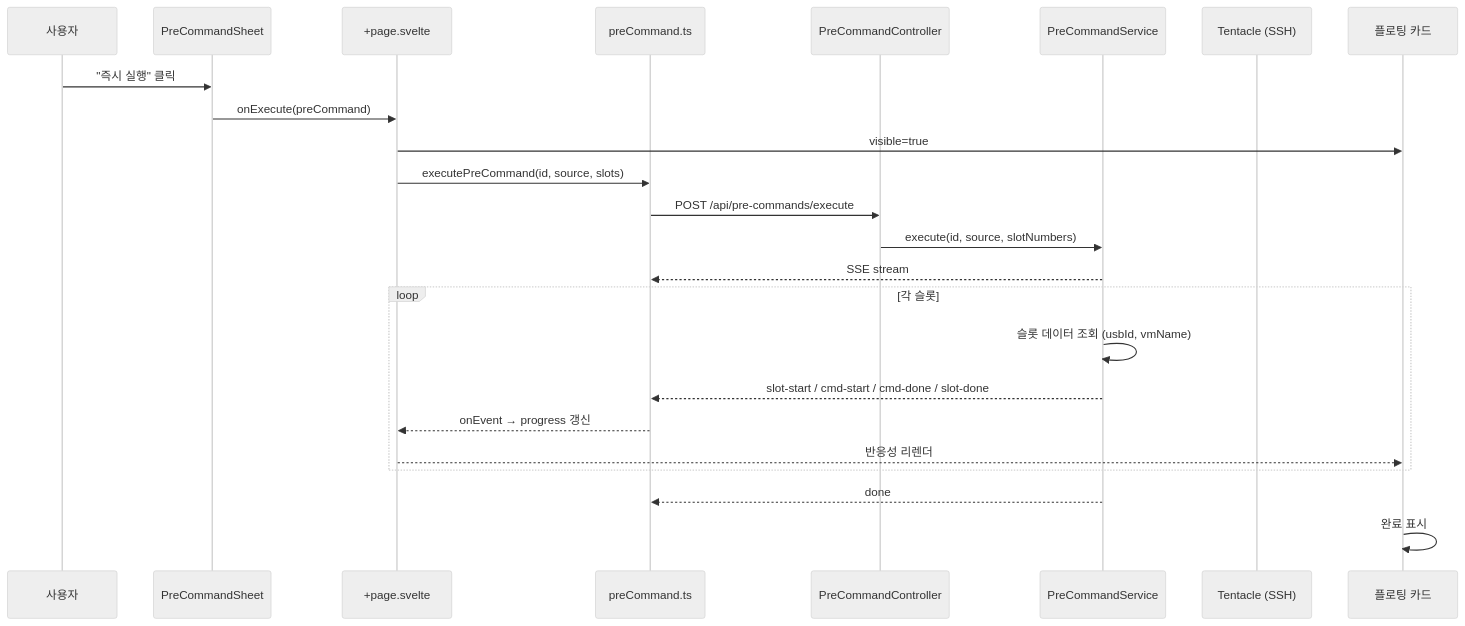
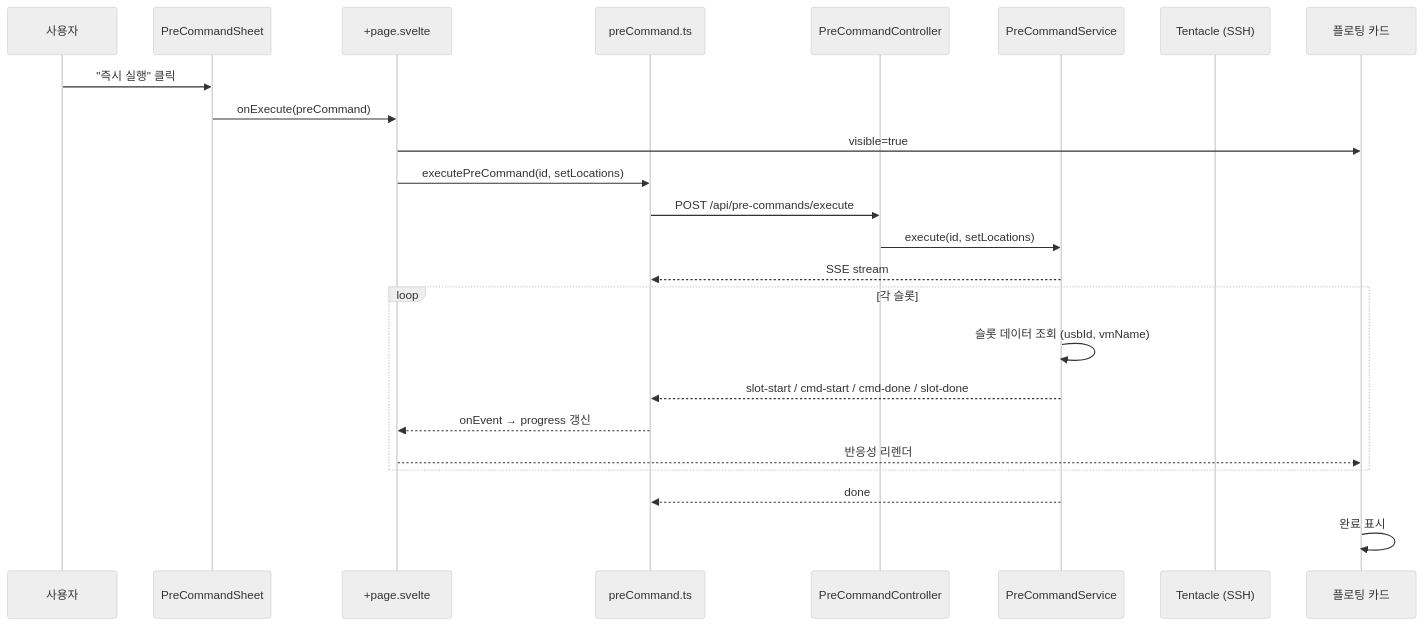
One commit to kakaromo/kakaromo.github.io changed the first of 4 diagrams in src/content/docs/internals/pre-command-execution-flow.md. Above: the diagram before and after it, drawn with Mermaid (neutral theme). The commit also changed other lines of this file and 3 other files, not shown here.

First line of the commit message:
docs: Pre-Command 문서 setLocation 기반으로 전면 업데이트

````diff
--- a/src/content/docs/internals/pre-command-execution-flow.md
+++ b/src/content/docs/internals/pre-command-execution-flow.md
@@ -10,29 +10,29 @@
 ```mermaid
 sequenceDiagram
     participant U as 사용자
     participant Sheet as PreCommandSheet
     participant Page as +page.svelte
     participant API as preCommand.ts
     participant CTRL as PreCommandController
     participant SVC as PreCommandService
     participant SSH as Tentacle (SSH)
     participant Card as 플로팅 카드
 
     U->>Sheet: "즉시 실행" 클릭
     Sheet->>Page: onExecute(preCommand)
     Page->>Card: visible=true
-    Page->>API: executePreCommand(id, source, slots)
+    Page->>API: executePreCommand(id, setLocations)
     API->>CTRL: POST /api/pre-commands/execute
-    CTRL->>SVC: execute(id, source, slotNumbers)
+    CTRL->>SVC: execute(id, setLocations)
     SVC-->>API: SSE stream
 
     loop 각 슬롯
         SVC->>SVC: 슬롯 데이터 조회 (usbId, vmName)
         SVC-->>API: slot-start / cmd-start / cmd-done / slot-done
         API-->>Page: onEvent → progress 갱신
         Page-->>Card: 반응성 리렌더
     end
 
     SVC-->>API: done
     Card->>Card: 완료 표시
 ```
````
